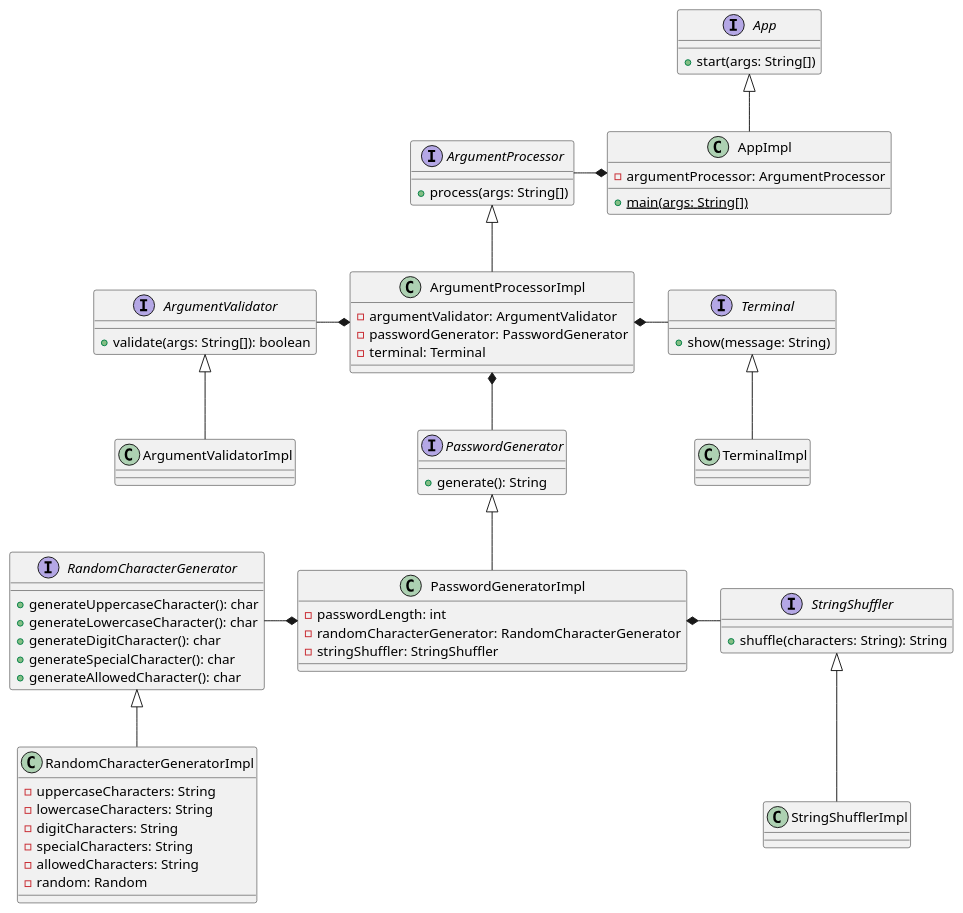
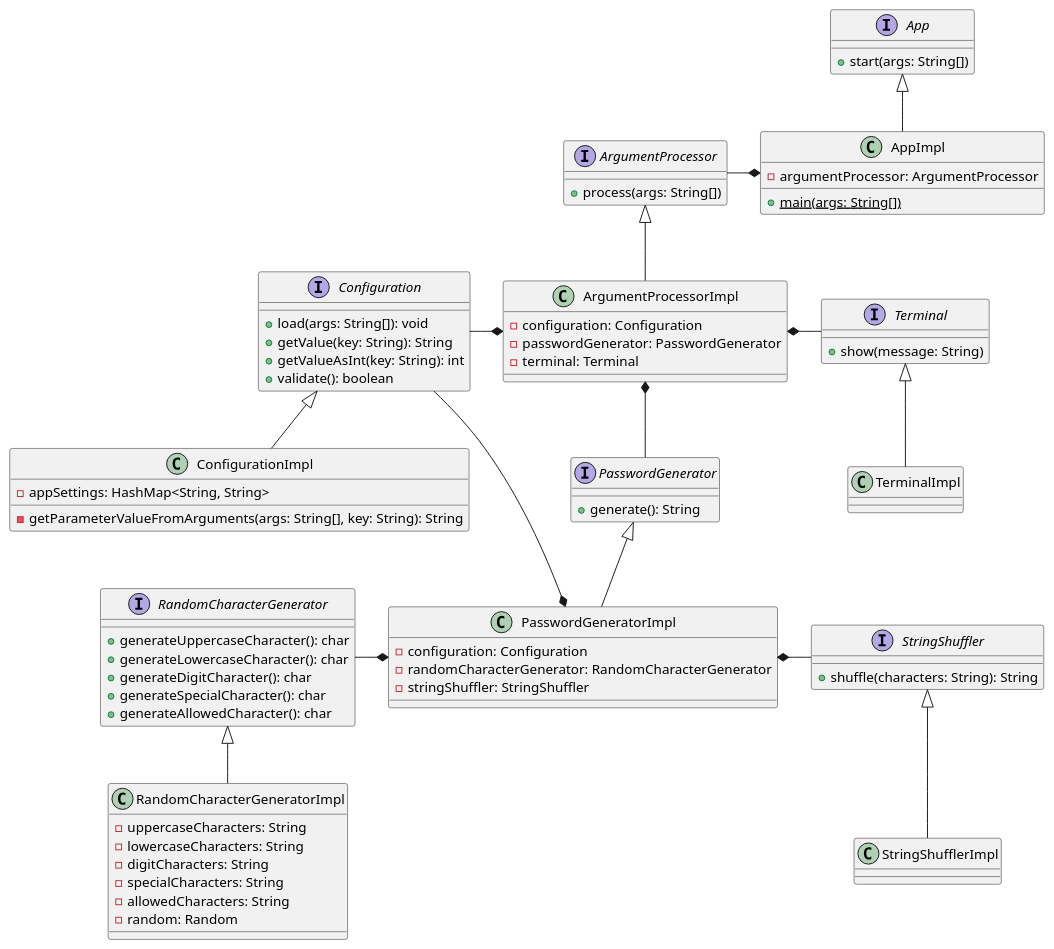
Before and after one commit to djvelimir/demo-java-cli: the diagram in diagrams/Class.puml, drawn with PlantUML. The commit also changed 21 other files, not shown here.

First line of the commit message:
feat: Enable customizable password length in CLI

```diff
--- a/diagrams/Class.puml
+++ b/diagrams/Class.puml
@@ -1,85 +1,92 @@
 @startuml Class
 interface App {
     + start(args: String[])
 }
 
 class AppImpl {
     - argumentProcessor: ArgumentProcessor
     + {static} main(args: String[])
 }
 
-interface ArgumentValidator {
-    + validate(args: String[]): boolean
+interface Configuration {
+    + load(args: String[]): void
+    + getValue(key: String): String
+    + getValueAsInt(key: String): int
+    + validate(): boolean
 }
 
-class ArgumentValidatorImpl {
+class ConfigurationImpl {
+    - appSettings: HashMap<String, String>
+    - getParameterValueFromArguments(args: String[], key: String): String
 }
 
 interface ArgumentProcessor {
     + process(args: String[])
 }
 
 class ArgumentProcessorImpl {
-    - argumentValidator: ArgumentValidator
+    - configuration: Configuration
     - passwordGenerator: PasswordGenerator
     - terminal: Terminal
 }
 
 interface Terminal {
     + show(message: String)
 }
 
 class TerminalImpl {
 }
 
 interface PasswordGenerator {
     + generate(): String
 }
 
 class PasswordGeneratorImpl {
-    - passwordLength: int
+    - configuration: Configuration
     - randomCharacterGenerator: RandomCharacterGenerator
     - stringShuffler: StringShuffler
 }
 
 interface RandomCharacterGenerator {
     + generateUppercaseCharacter(): char
     + generateLowercaseCharacter(): char
     + generateDigitCharacter(): char
     + generateSpecialCharacter(): char
     + generateAllowedCharacter(): char
 }
 
 class RandomCharacterGeneratorImpl {
     - uppercaseCharacters: String
     - lowercaseCharacters: String
     - digitCharacters: String
     - specialCharacters: String
     - allowedCharacters: String
     - random: Random
 }
 
 interface StringShuffler {
     + shuffle(characters: String): String
 }
 
 class StringShufflerImpl {
 }
 
-ArgumentValidator <|-- ArgumentValidatorImpl
+Configuration <|-- ConfigurationImpl
 ArgumentProcessor <|-- ArgumentProcessorImpl
 Terminal <|-- TerminalImpl
 PasswordGenerator <|-- PasswordGeneratorImpl
 RandomCharacterGenerator <|-- RandomCharacterGeneratorImpl
 StringShuffler <|-- StringShufflerImpl
 App <|-- AppImpl
 
 AppImpl *--l ArgumentProcessor
 
-ArgumentProcessorImpl *--l ArgumentValidator
 ArgumentProcessorImpl *--d PasswordGenerator
 ArgumentProcessorImpl *--r Terminal
 
 PasswordGeneratorImpl *--l RandomCharacterGenerator
 PasswordGeneratorImpl *--r StringShuffler
+
+PasswordGeneratorImpl *--d Configuration
+ArgumentProcessorImpl *--l Configuration
 @enduml
```
